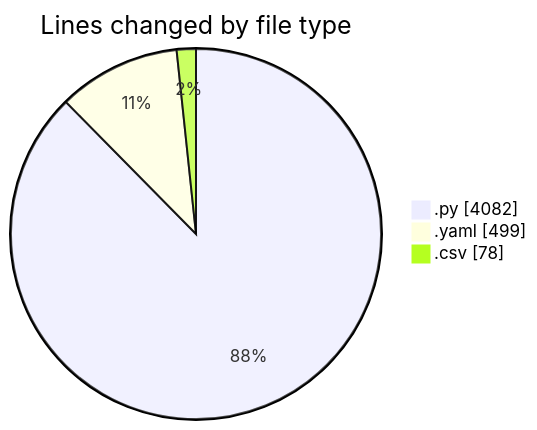
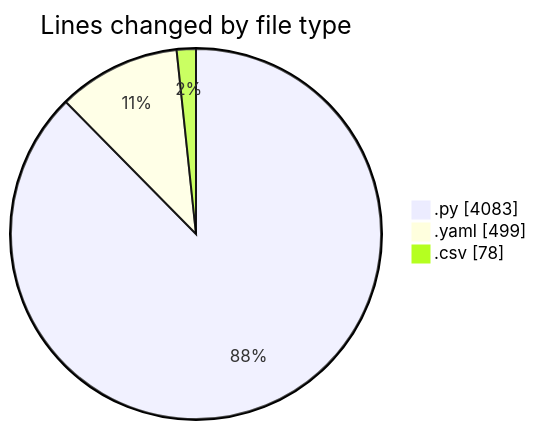
Before and after one commit to MatusMokan/code-tracking: the first of 2 diagrams in 2025-03-01/myws__workspace_/README.md, drawn with Mermaid. The commit also changed other lines of this file and 1 other file, not shown here.

````diff
--- a/2025-03-01/myws__workspace_/README.md
+++ b/2025-03-01/myws__workspace_/README.md
@@ -31,7 +31,7 @@
 ```mermaid
 pie showData
 title Lines changed by file type
-".py" : 4082
+".py" : 4083
 ".yaml" : 499
 ".csv" : 78
 ```
````
